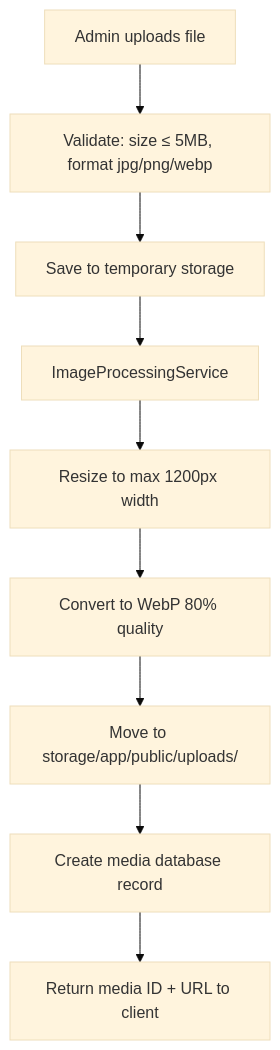
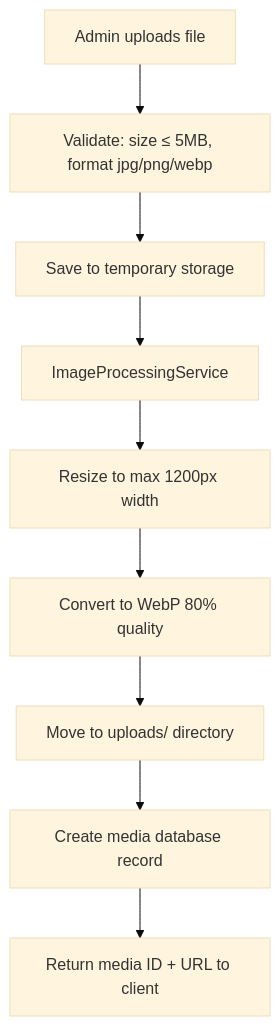
Before and after one commit to bitsy6699/WebDesa: the third of 5 diagrams in docs/engineering/BACKEND_ARCHITECTURE.md, drawn with Mermaid (base theme). The commit also changed other lines of this file and 545 other files, not shown here.

````diff
--- a/docs/engineering/BACKEND_ARCHITECTURE.md
+++ b/docs/engineering/BACKEND_ARCHITECTURE.md
@@ -289,11 +246,11 @@
 ```mermaid
 graph TD
     Upload[Admin uploads file] --> Validate[Validate: size ≤ 5MB, format jpg/png/webp]
     Validate --> TempStore[Save to temporary storage]
     TempStore --> Process[ImageProcessingService]
     Process --> Resize[Resize to max 1200px width]
     Resize --> Convert[Convert to WebP 80% quality]
-    Convert --> PermanentStore[Move to storage/app/public/uploads/]
+    Convert --> PermanentStore[Move to uploads/ directory]
     PermanentStore --> DBRecord[Create media database record]
     DBRecord --> Response[Return media ID + URL to client]
 ```
````
